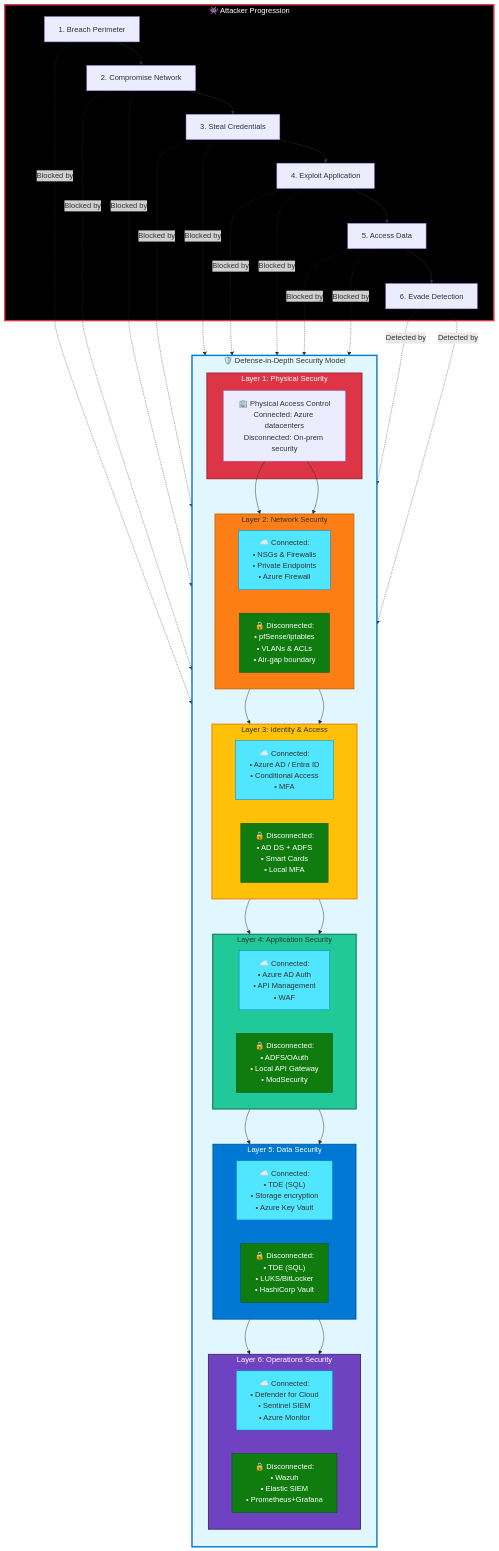
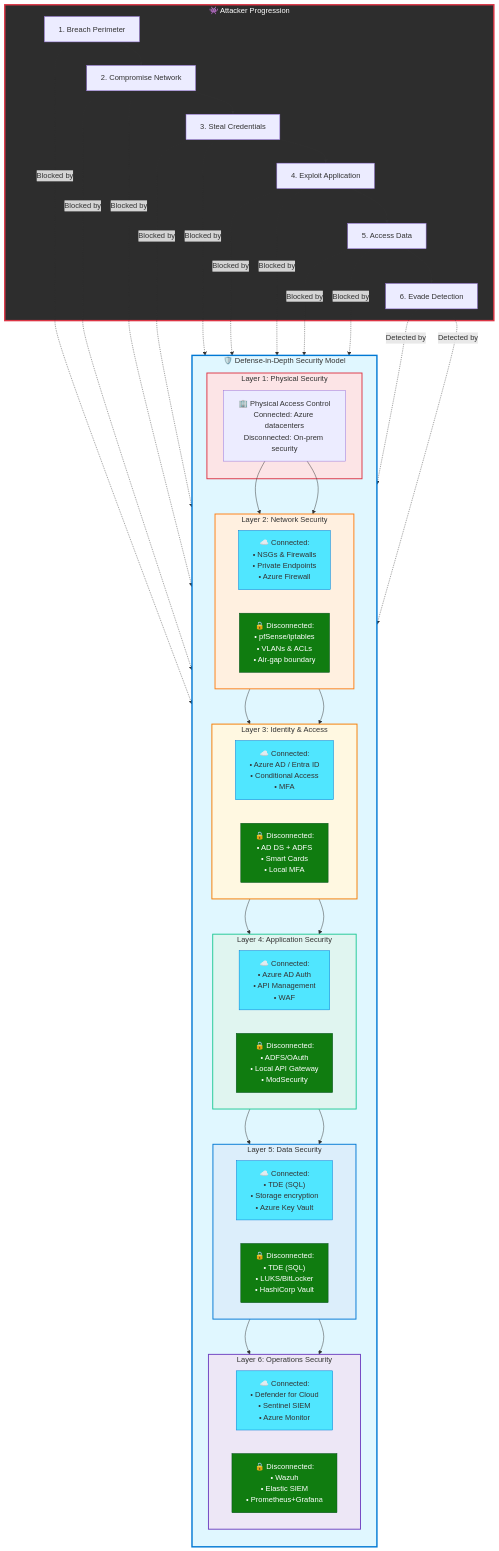
Before and after one commit to EmeaAppGbb/AzureHybridContinuumCookBook: the diagram in docs/08-best-practices/03-security.md, drawn with Mermaid. The commit also changed 28 other files, not shown here.

First line of the commit message:
Fix Mermaid diagram readability: use light pastel subgraph backgrounds

```diff
--- a/docs/08-best-practices/03-security.md
+++ b/docs/08-best-practices/03-security.md
@@ -259,13 +259,13 @@
     A6 -.->|Detected by| Ops_D
     
     style DefenseInDepth fill:#e0f7ff,stroke:#0078d4,stroke-width:3px
-    style Layer1 fill:#dc3545,stroke:#a71d2a,stroke-width:2px,color:#fff
-    style Layer2 fill:#fd7e14,stroke:#cc6600,stroke-width:2px
-    style Layer3 fill:#ffc107,stroke:#f57c00,stroke-width:2px
-    style Layer4 fill:#20c997,stroke:#0f6848,stroke-width:2px
-    style Layer5 fill:#0078d4,stroke:#005a9e,stroke-width:2px,color:#fff
-    style Layer6 fill:#6f42c1,stroke:#4a2870,stroke-width:2px,color:#fff
-    style Attacker fill:#000,stroke:#dc3545,stroke-width:3px,color:#fff
+    style Layer1 fill:#fce4e6,stroke:#dc3545,stroke-width:2px
+    style Layer2 fill:#fff0e0,stroke:#fd7e14,stroke-width:2px
+    style Layer3 fill:#fff8e1,stroke:#f57c00,stroke-width:2px
+    style Layer4 fill:#e0f5f0,stroke:#20c997,stroke-width:2px
+    style Layer5 fill:#dceefb,stroke:#0078d4,stroke-width:2px
+    style Layer6 fill:#ede7f6,stroke:#6f42c1,stroke-width:2px
+    style Attacker fill:#2d2d2d,stroke:#dc3545,stroke-width:3px,color:#fff
     
     style Network_C fill:#50e6ff,stroke:#0078d4,stroke-width:1px
     style Network_D fill:#107c10,stroke:#004b1c,stroke-width:1px,color:#fff
```
